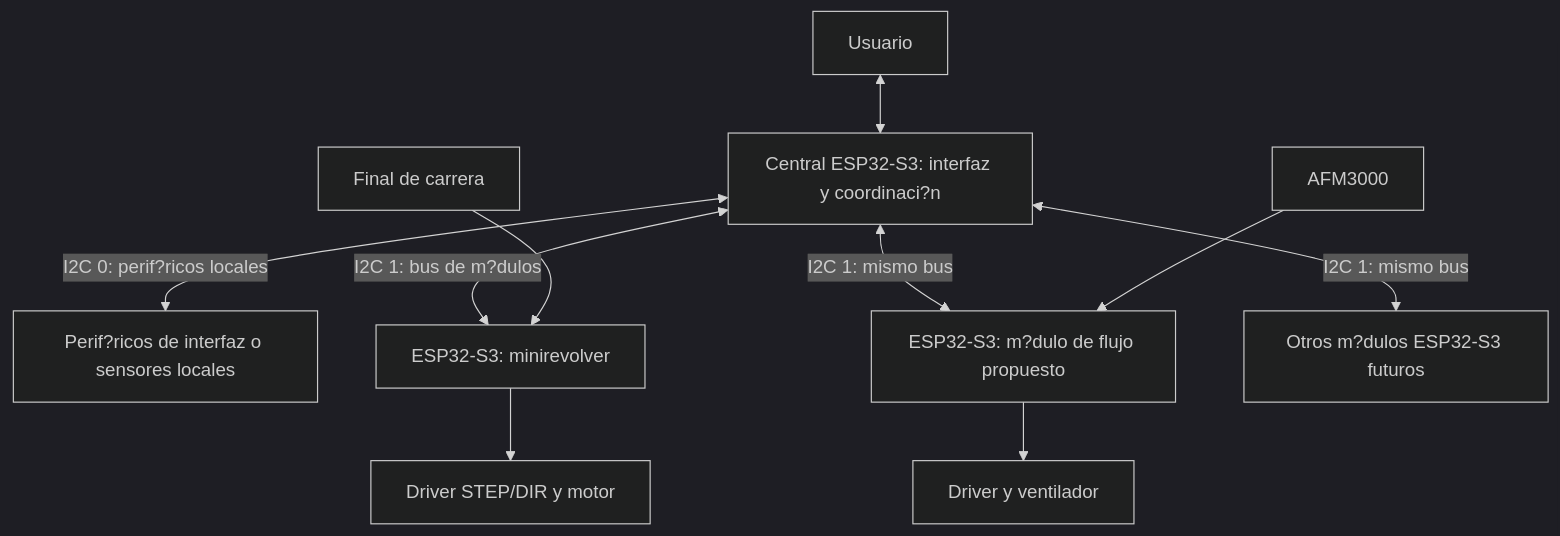
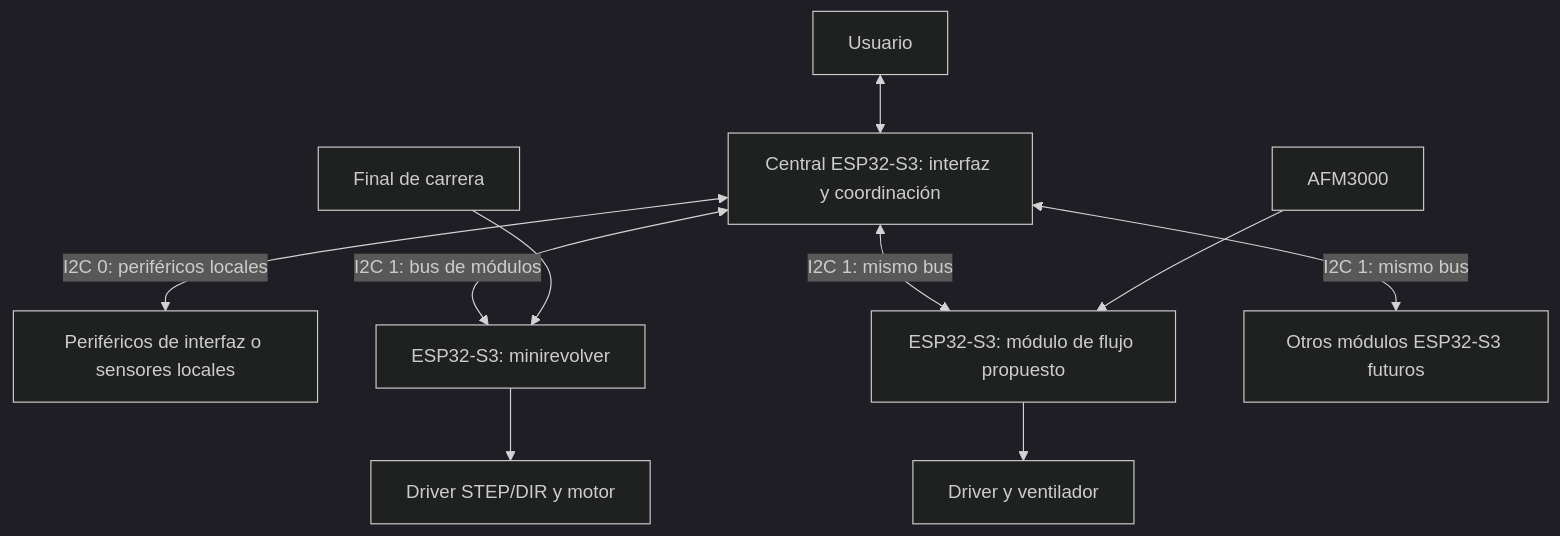
One commit to AleReb/modularAirFlow changed the diagram in README.md. Above: the diagram before and after it, drawn with Mermaid (dark theme). The commit also changed other lines of this file and 3 other files, not shown here.

Commit message:
Update README files to reflect ESP32-S3 integration and clarify architecture details

````diff
--- a/README.md
+++ b/README.md
@@ -13,12 +13,12 @@
 ```mermaid
 flowchart TB
-  U[Usuario] <--> C[Central ESP32-S3: interfaz y coordinaci?n]
-  C <-->|I2C 0: perif?ricos locales| L[Perif?ricos de interfaz o sensores locales]
-  C <-->|I2C 1: bus de m?dulos| R[ESP32-S3: minirevolver]
-  C <-->|I2C 1: mismo bus| F[ESP32-S3: m?dulo de flujo propuesto]
-  C <-->|I2C 1: mismo bus| X[Otros m?dulos ESP32-S3 futuros]
+  U[Usuario] <--> C[Central ESP32-S3: interfaz y coordinación]
+  C <-->|I2C 0: periféricos locales| L[Periféricos de interfaz o sensores locales]
+  C <-->|I2C 1: bus de módulos| R[ESP32-S3: minirevolver]
+  C <-->|I2C 1: mismo bus| F[ESP32-S3: módulo de flujo propuesto]
+  C <-->|I2C 1: mismo bus| X[Otros módulos ESP32-S3 futuros]
   R --> M[Driver STEP/DIR y motor]
   H[Final de carrera] --> R
   F --> V[Driver y ventilador]
   A[AFM3000] --> F
 ```
````
